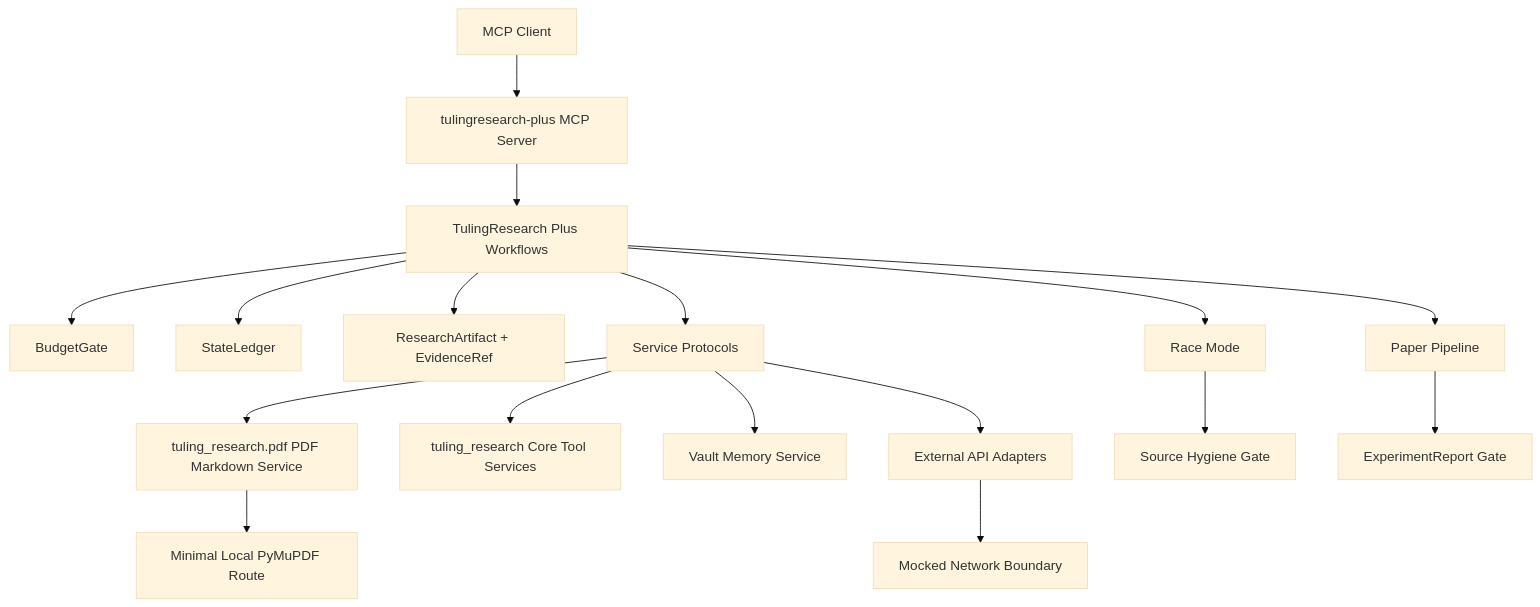
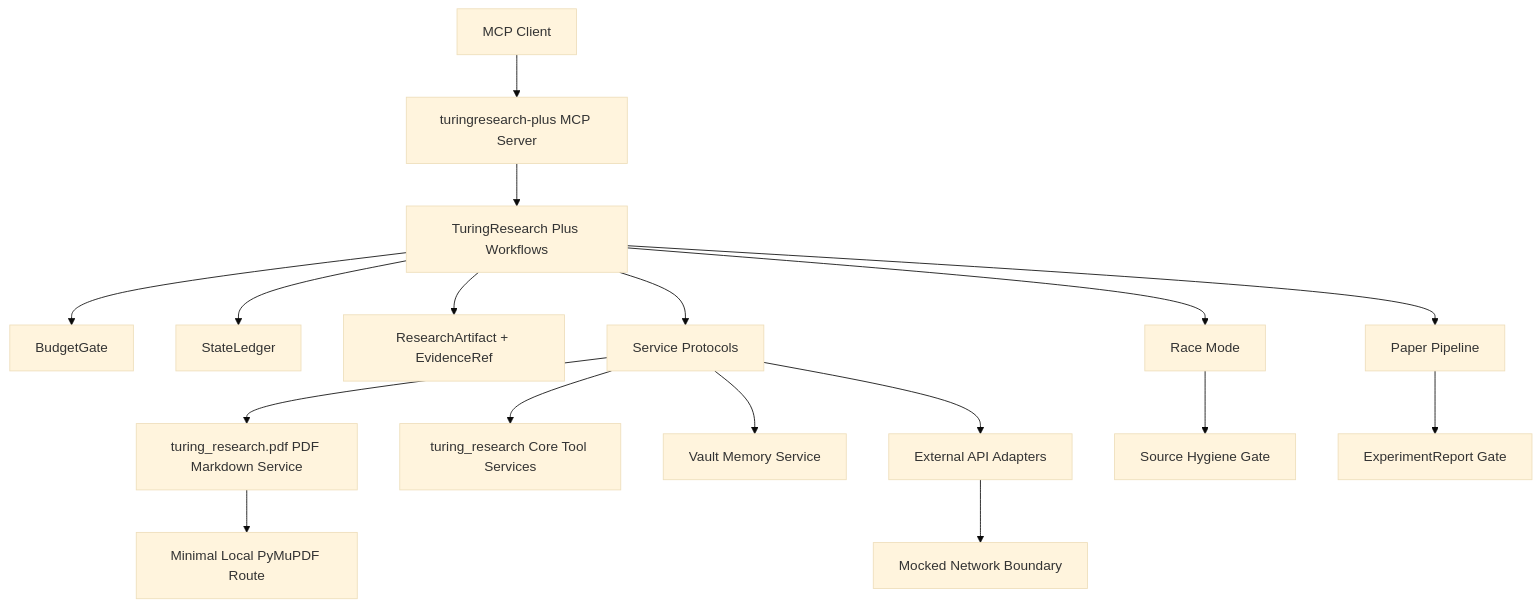
The diagram in docs/architecture.md (meamaturinlove221/TuringResearch_plus), drawn with Mermaid (base theme) before and after one commit. The commit also changed other lines of this file and 224 other files, not shown here.

````diff
--- a/docs/architecture.md
+++ b/docs/architecture.md
@@ -5,19 +5,19 @@
 ```mermaid
 flowchart TD
-    Client[MCP Client] --> Server[tulingresearch-plus MCP Server]
-    Server --> Workflows[TulingResearch Plus Workflows]
+    Client[MCP Client] --> Server[turingresearch-plus MCP Server]
+    Server --> Workflows[TuringResearch Plus Workflows]
     Workflows --> Budget[BudgetGate]
     Workflows --> Ledger[StateLedger]
     Workflows --> Artifacts[ResearchArtifact + EvidenceRef]
     Workflows --> Protocols[Service Protocols]
-    Protocols --> CorePDF[tuling_research.pdf PDF Markdown Service]
-    Protocols --> CoreTools[tuling_research Core Tool Services]
+    Protocols --> CorePDF[turing_research.pdf PDF Markdown Service]
+    Protocols --> CoreTools[turing_research Core Tool Services]
     Protocols --> Vault[Vault Memory Service]
     Protocols --> Adapters[External API Adapters]
     CorePDF --> LocalPyMuPDF[Minimal Local PyMuPDF Route]
     Adapters --> MockableNetwork[Mocked Network Boundary]
     Workflows --> Race[Race Mode]
     Workflows --> Paper[Paper Pipeline]
     Race --> Hygiene[Source Hygiene Gate]
     Paper --> Experiment[ExperimentReport Gate]
 ```
````
